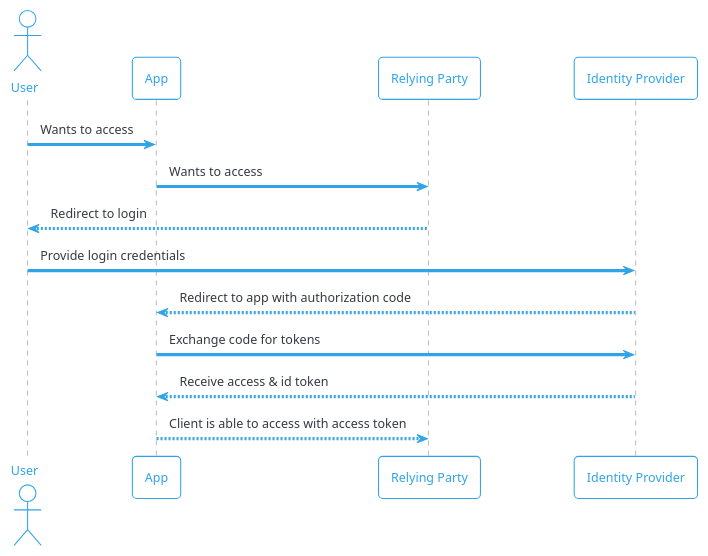
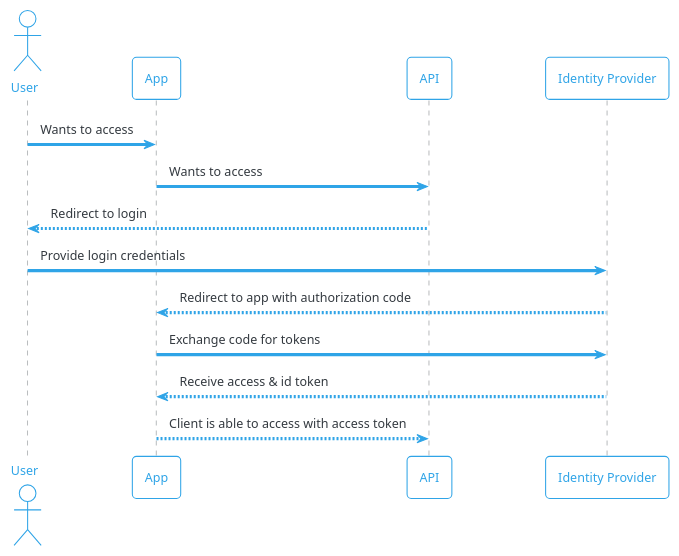
Before and after one commit to buehler/mse-master-thesis: the diagram in diagrams/02_oidc_code_flow.puml, drawn with PlantUML. The commit also changed 8 other files, not shown here.

```diff
--- a/diagrams/02_oidc_code_flow.puml
+++ b/diagrams/02_oidc_code_flow.puml
@@ -1,20 +1,20 @@
 @startuml
 !theme cerulean-outline
 
 actor User as u
 participant "App" as a
-participant "Relying Party" as rp
+participant "API" as rp
 participant "Identity Provider" as idp
 
 u -> a : Wants to access
 a -> rp : Wants to access
 rp --> u : Redirect to login
 
 u -> idp : Provide login credentials
 idp --> a : Redirect to app with authorization code
 a -> idp : Exchange code for tokens
 idp --> a : Receive access & id token
 
 a --> rp : Client is able to access with access token
 
 @enduml
```
